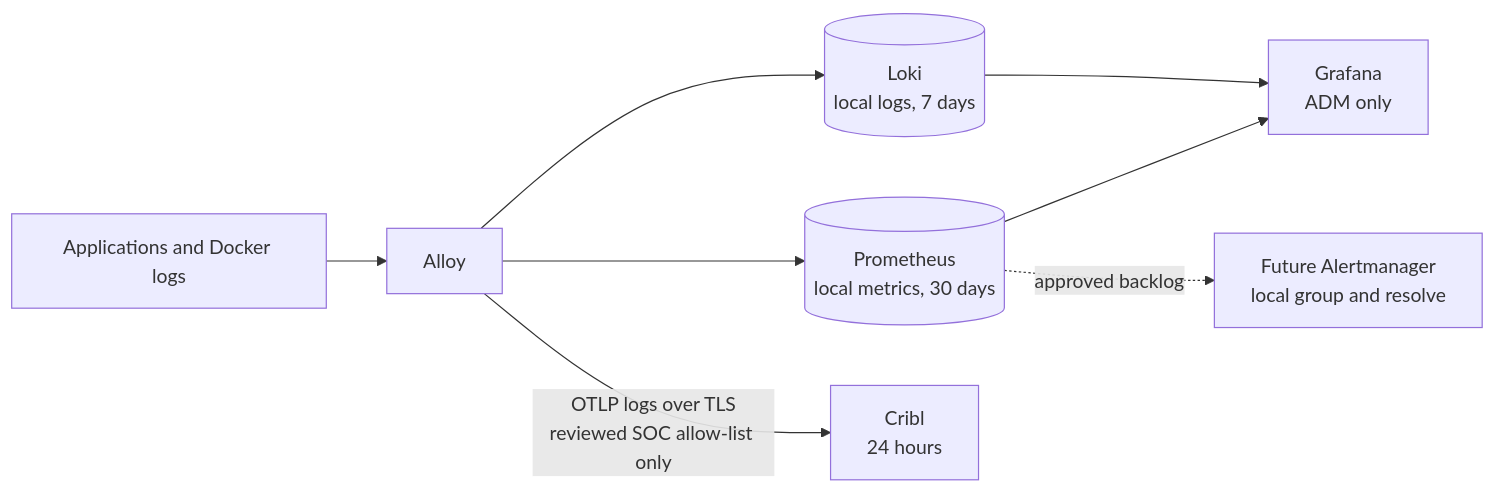
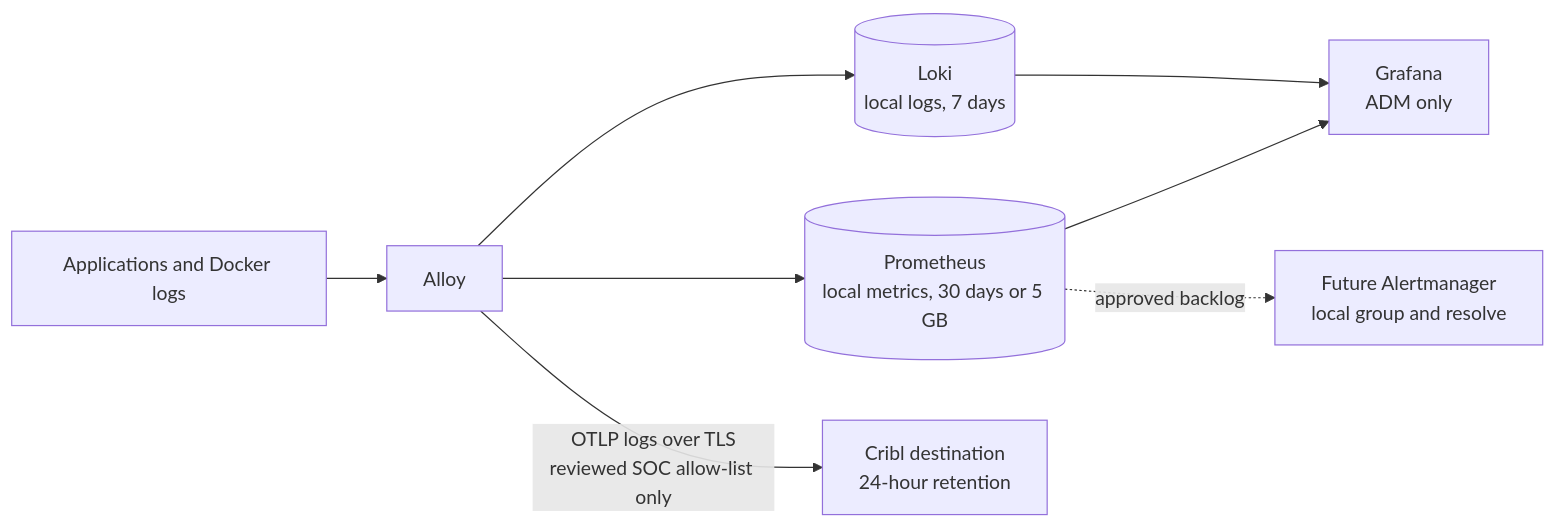
Before and after one commit to derhornspieler/ai-gateway: the diagram in docs/observability-operations.md, drawn with Mermaid. The commit also changed other lines of this file and 33 other files, not shown here.

````diff
--- a/docs/observability-operations.md
+++ b/docs/observability-operations.md
@@ -18,10 +20,10 @@
 ```mermaid
 flowchart LR
   APP[Applications and Docker logs] --> AL[Alloy]
   AL --> LK[(Loki<br/>local logs, 7 days)]
-  AL --> PR[(Prometheus<br/>local metrics, 30 days)]
+  AL --> PR[(Prometheus<br/>local metrics, 30 days or 5 GB)]
   PR -.approved backlog.-> AM[Future Alertmanager<br/>local group and resolve]
   LK --> GF[Grafana<br/>ADM only]
   PR --> GF
-  AL -->|OTLP logs over TLS<br/>reviewed SOC allow-list only| CR[Cribl<br/>24 hours]
+  AL -->|OTLP logs over TLS<br/>reviewed SOC allow-list only| CR[Cribl destination<br/>24-hour retention]
 ```
````
